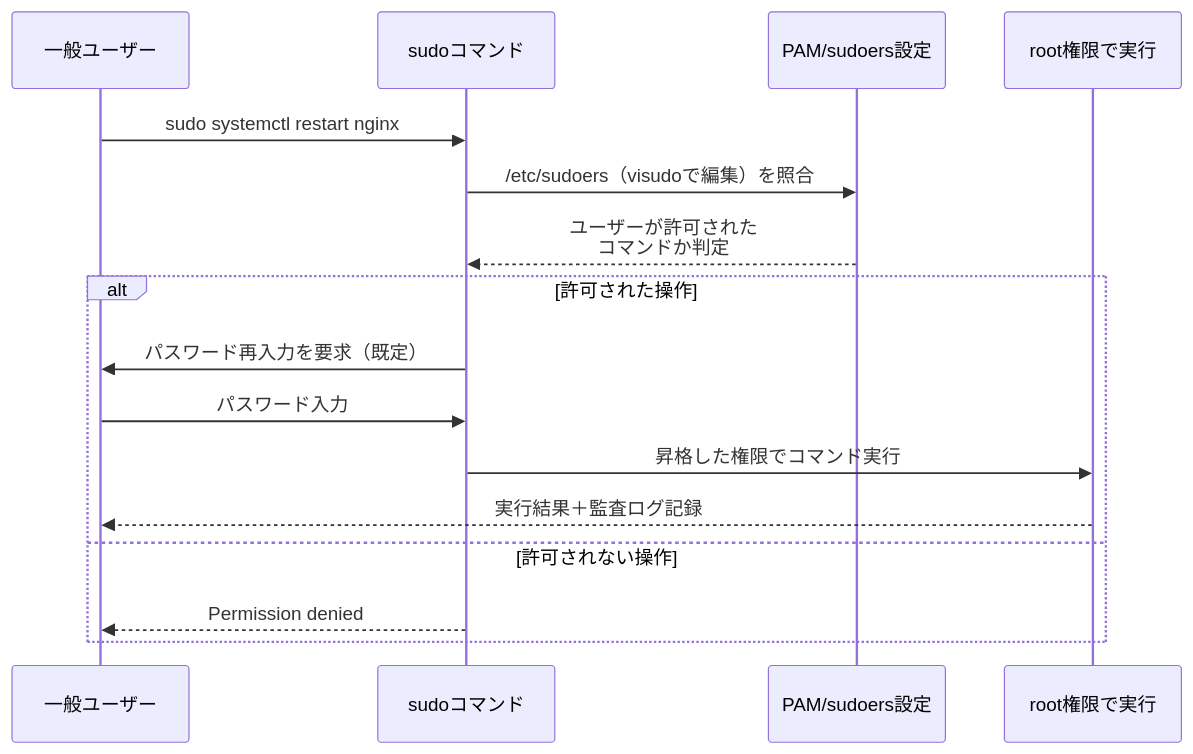
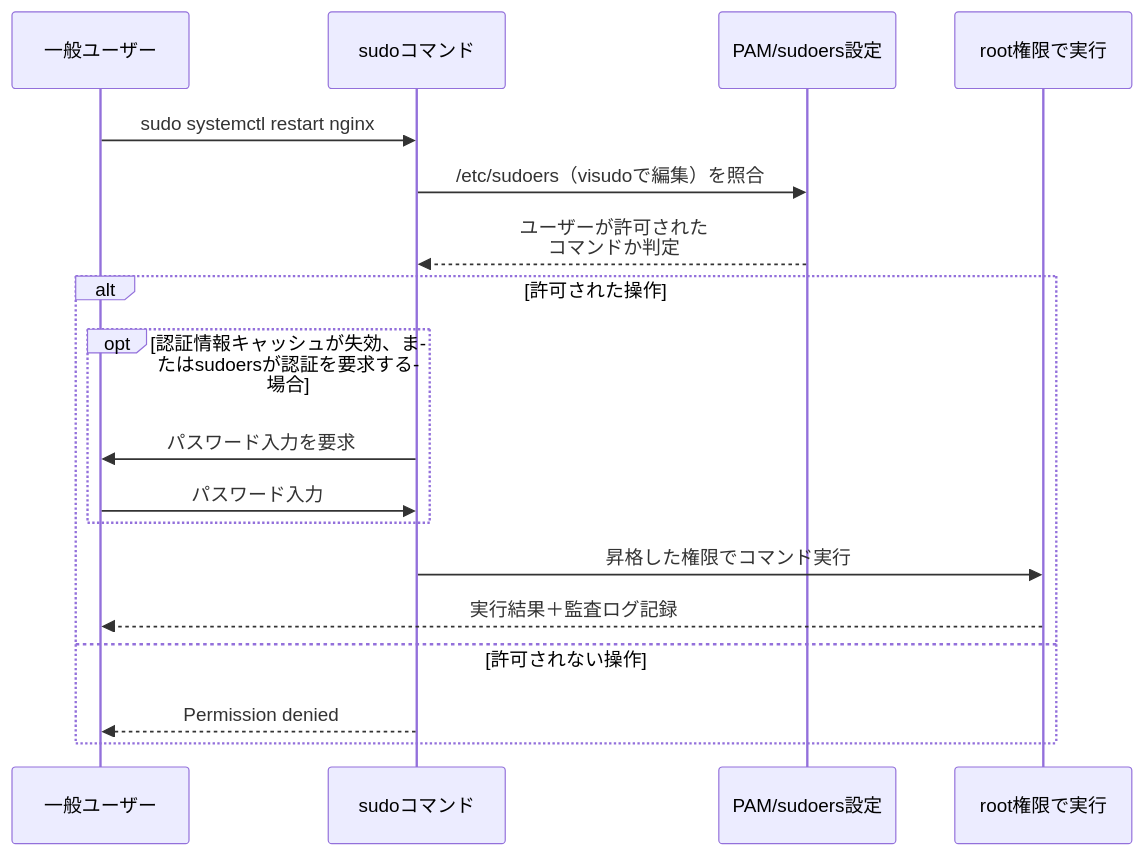
Before and after one commit to myoshi2891/Cloud-Infrastructure-Studies: the fourth of 29 diagrams in Unix-linux-sysadmin-handbook-guide.md, drawn with Mermaid. The commit also changed other lines of this file, not shown here.

````diff
--- a/Unix-linux-sysadmin-handbook-guide.md
+++ b/Unix-linux-sysadmin-handbook-guide.md
@@ -200,19 +200,21 @@
 ```mermaid
 sequenceDiagram
     participant U as 一般ユーザー
     participant S as sudoコマンド
     participant P as PAM/sudoers設定
     participant R as root権限で実行
 
     U->>S: sudo systemctl restart nginx
     S->>P: /etc/sudoers（visudoで編集）を照合
     P-->>S: ユーザーが許可された<br/>コマンドか判定
     alt 許可された操作
-        S->>U: パスワード再入力を要求（既定）
-        U->>S: パスワード入力
+        opt 認証情報キャッシュが失効、またはsudoersが認証を要求する場合
+            S->>U: パスワード入力を要求
+            U->>S: パスワード入力
+        end
         S->>R: 昇格した権限でコマンド実行
         R-->>U: 実行結果＋監査ログ記録
     else 許可されない操作
         S-->>U: Permission denied
     end
 ```
````
